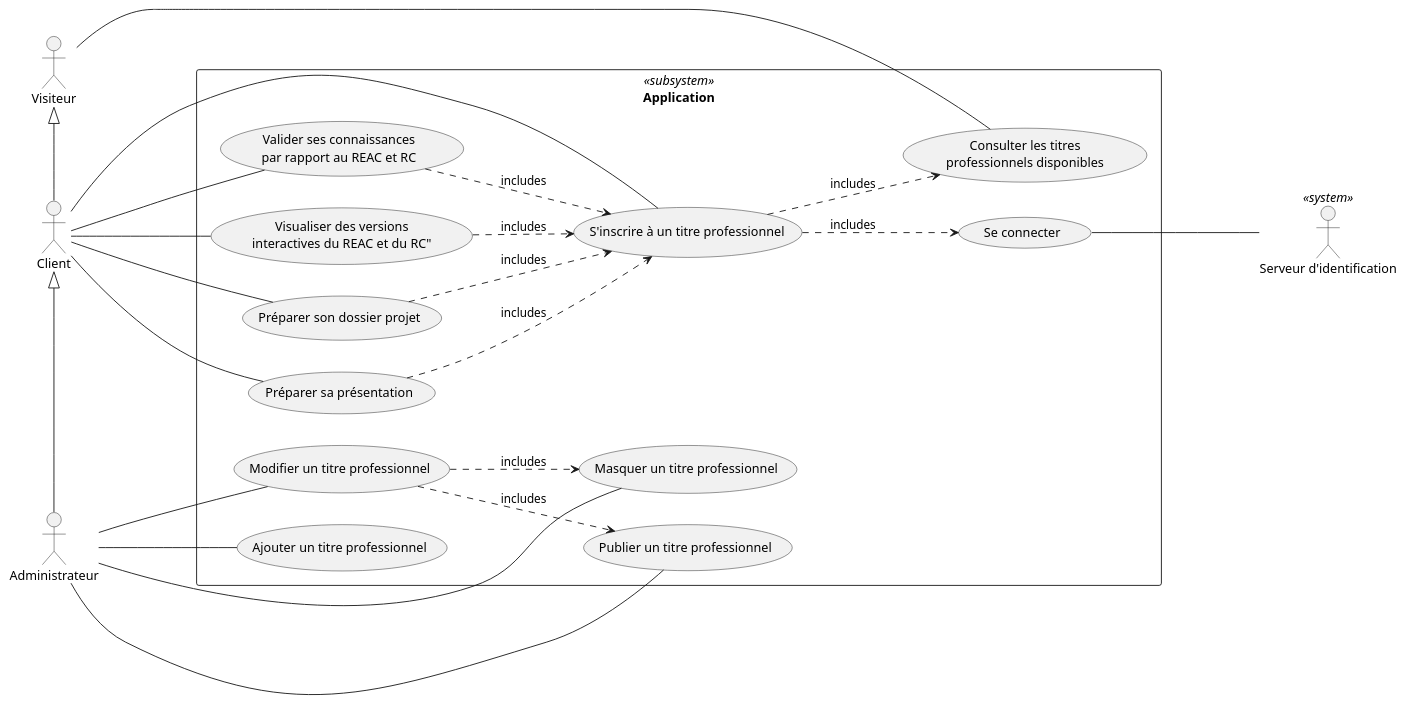
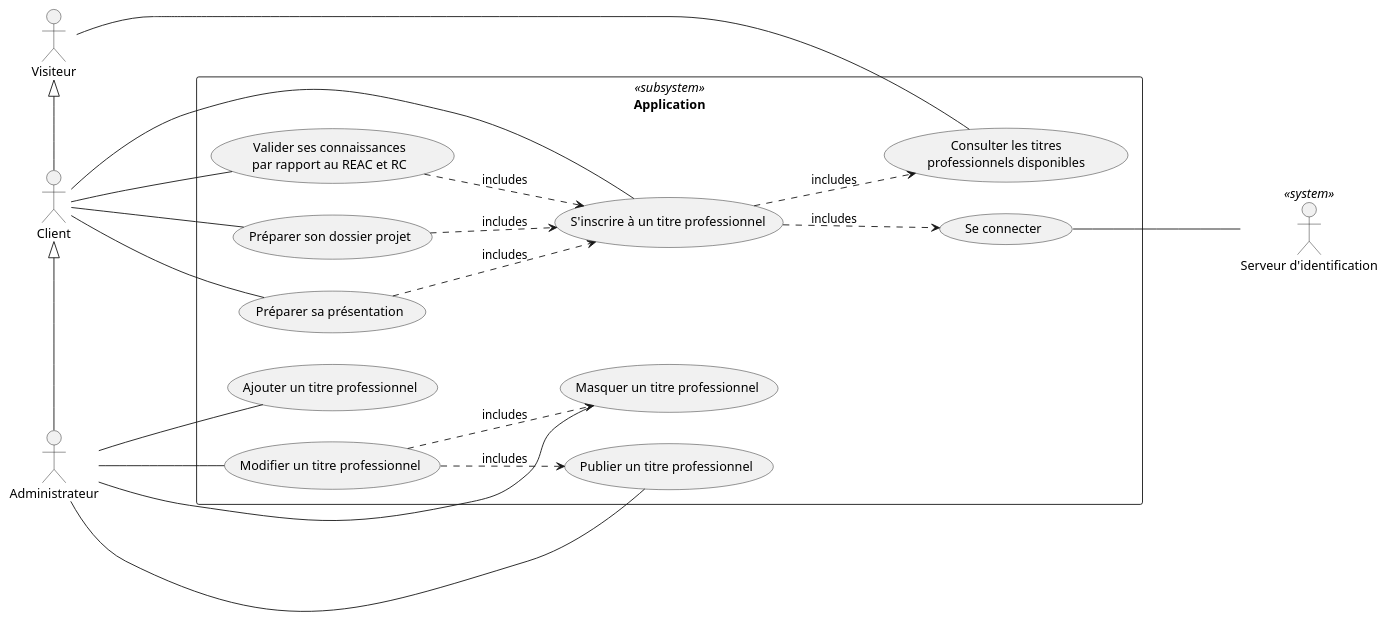
The diagram in diagrams/webapp.puml (nicolaskempf57/proparation), drawn with PlantUML before and after one commit.

Commit message:
feat: remove RC & REAC interactive view

```diff
--- a/diagrams/webapp.puml
+++ b/diagrams/webapp.puml
@@ -1,49 +1,45 @@
 @startuml
 left to right direction
 
 :Visiteur: as v
 :Client: as c
 :Administrateur: as a
 :Serveur d'identification: as auth <<system>>
 
 v <|- c
 c <|- a
 
 rectangle Application <<subsystem>> {
 usecase consulter as "Consulter les titres
 professionnels disponibles"
 v - (consulter)
 
 (Ajouter un titre professionnel) as (ajouter)
 (Masquer un titre professionnel) as (masquer)
 (Modifier un titre professionnel) as (modifier)
 (Publier un titre professionnel) as (publier)
 (S'inscrire à un titre professionnel) as (inscrire)
-usecase visualiser as "Visualiser des versions
-interactives du REAC et du RC""
 usecase valider as "Valider ses connaissances
  par rapport au REAC et RC"
 (Préparer son dossier projet) as (preparer-dossier)
 (Préparer sa présentation) as (preparer-presentation)
 (Se connecter) as (connecter)
 c - (inscrire)
-c - (visualiser)
 c - (preparer-dossier)
 c - (preparer-presentation)
 c - (valider)
 (connecter) --- auth
-(visualiser) ..> (inscrire): includes
 (preparer-dossier) ..> (inscrire): includes
 (preparer-presentation) ..> (inscrire): includes
 (valider) ..> (inscrire): includes
 (inscrire) ..> (consulter): includes
 (inscrire) ..> (connecter): includes
 
 a --- (modifier)
 a --- (ajouter)
 a --- (publier)
 a --- (masquer)
 (modifier) ..> (publier): includes
 (modifier) ..> (masquer): includes
 }
 @enduml
```
